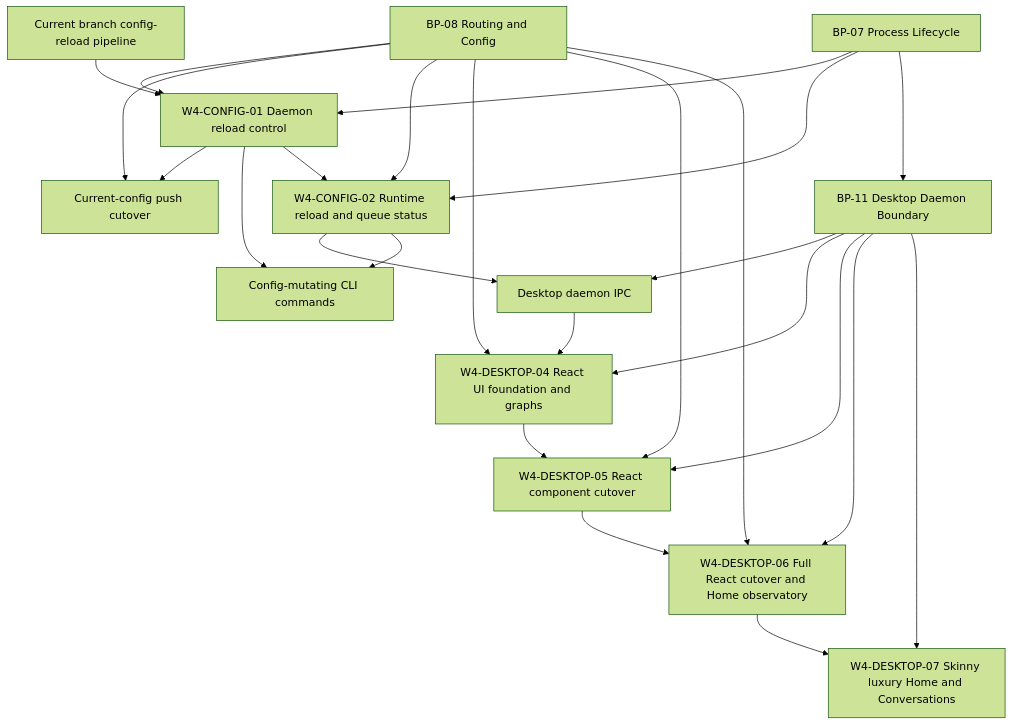
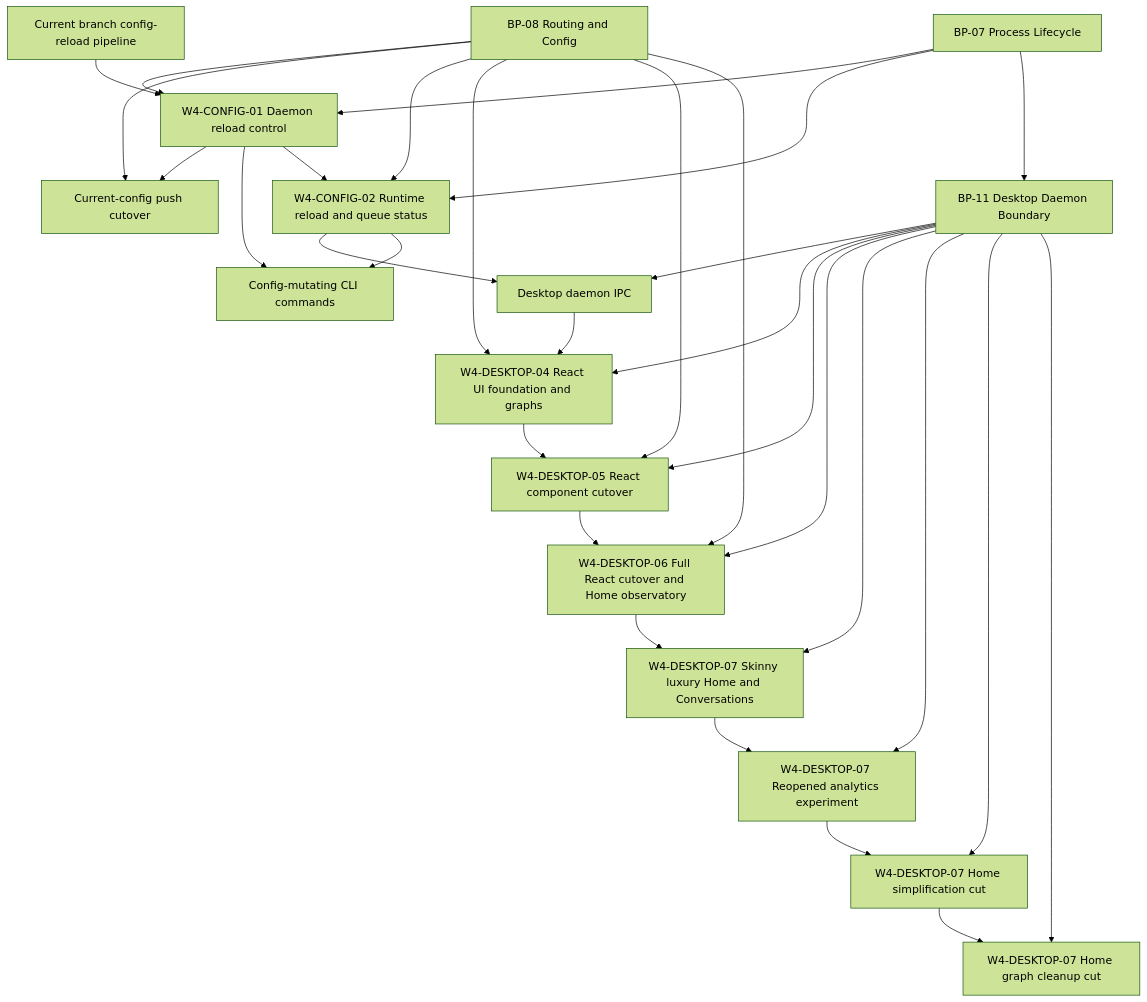
The diagram in .execution/program.md (mendeleden/jin), drawn with Mermaid (forest theme) before and after one commit. The commit also changed other lines of this file and 21 other files, not shown here.

Commit message:
Revamp desktop home analytics

````diff
--- a/.execution/program.md
+++ b/.execution/program.md
@@ -28,41 +28,50 @@
 ```mermaid
 flowchart TD
   BP07[BP-07 Process Lifecycle]
   BP08[BP-08 Routing and Config]
   BP11[BP-11 Desktop Daemon Boundary]
   ReloadPipeline[Current branch config-reload pipeline]
   W4C01[W4-CONFIG-01 Daemon reload control]
   PushCutover[Current-config push cutover]
   W4C02[W4-CONFIG-02 Runtime reload and queue status]
   Desktop[Desktop daemon IPC]
   CLI[Config-mutating CLI commands]
   W4D04[W4-DESKTOP-04 React UI foundation and graphs]
   W4D05[W4-DESKTOP-05 React component cutover]
   W4D06[W4-DESKTOP-06 Full React cutover and Home observatory]
   W4D07[W4-DESKTOP-07 Skinny luxury Home and Conversations]
+  W4D07X[W4-DESKTOP-07 Reopened analytics experiment]
+  W4D07S[W4-DESKTOP-07 Home simplification cut]
+  W4D07G[W4-DESKTOP-07 Home graph cleanup cut]
 
   BP07 --> W4C01
   BP08 --> W4C01
   ReloadPipeline --> W4C01
   W4C01 --> PushCutover
   BP08 --> PushCutover
   W4C01 --> CLI
   W4C01 --> W4C02
   BP07 --> W4C02
   BP08 --> W4C02
   W4C02 --> Desktop
   W4C02 --> CLI
   BP07 --> BP11
   BP11 --> Desktop
   BP08 --> W4D04
   BP11 --> W4D04
   Desktop --> W4D04
   W4D04 --> W4D05
   BP11 --> W4D05
   BP08 --> W4D05
   W4D05 --> W4D06
   BP11 --> W4D06
   BP08 --> W4D06
   W4D06 --> W4D07
   BP11 --> W4D07
+  W4D07 --> W4D07X
+  BP11 --> W4D07X
+  W4D07X --> W4D07S
+  BP11 --> W4D07S
+  W4D07S --> W4D07G
+  BP11 --> W4D07G
 ```
````
